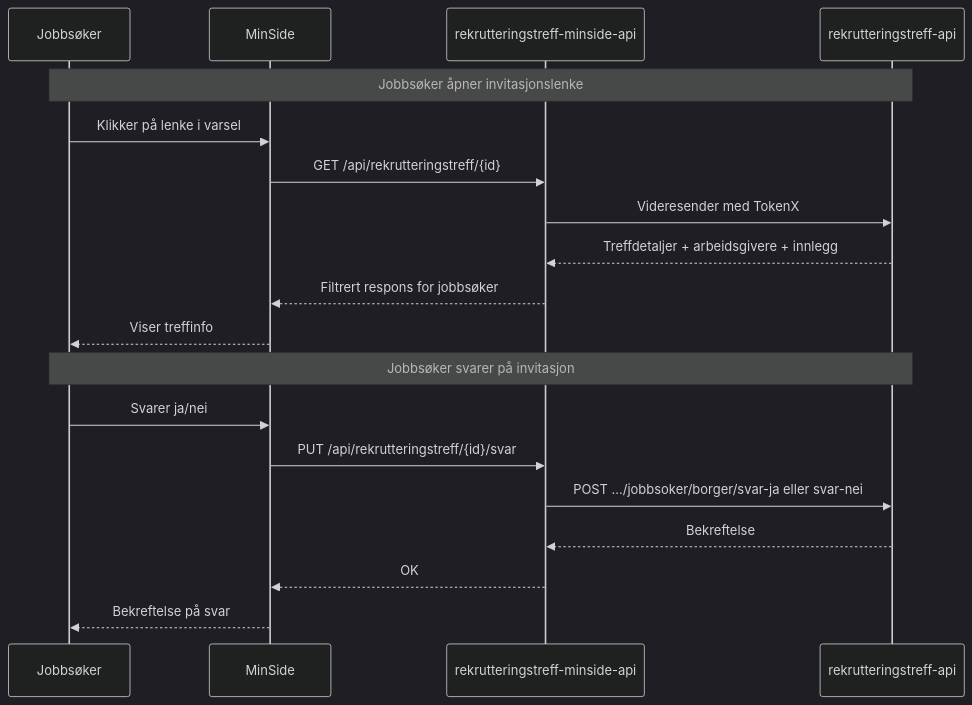
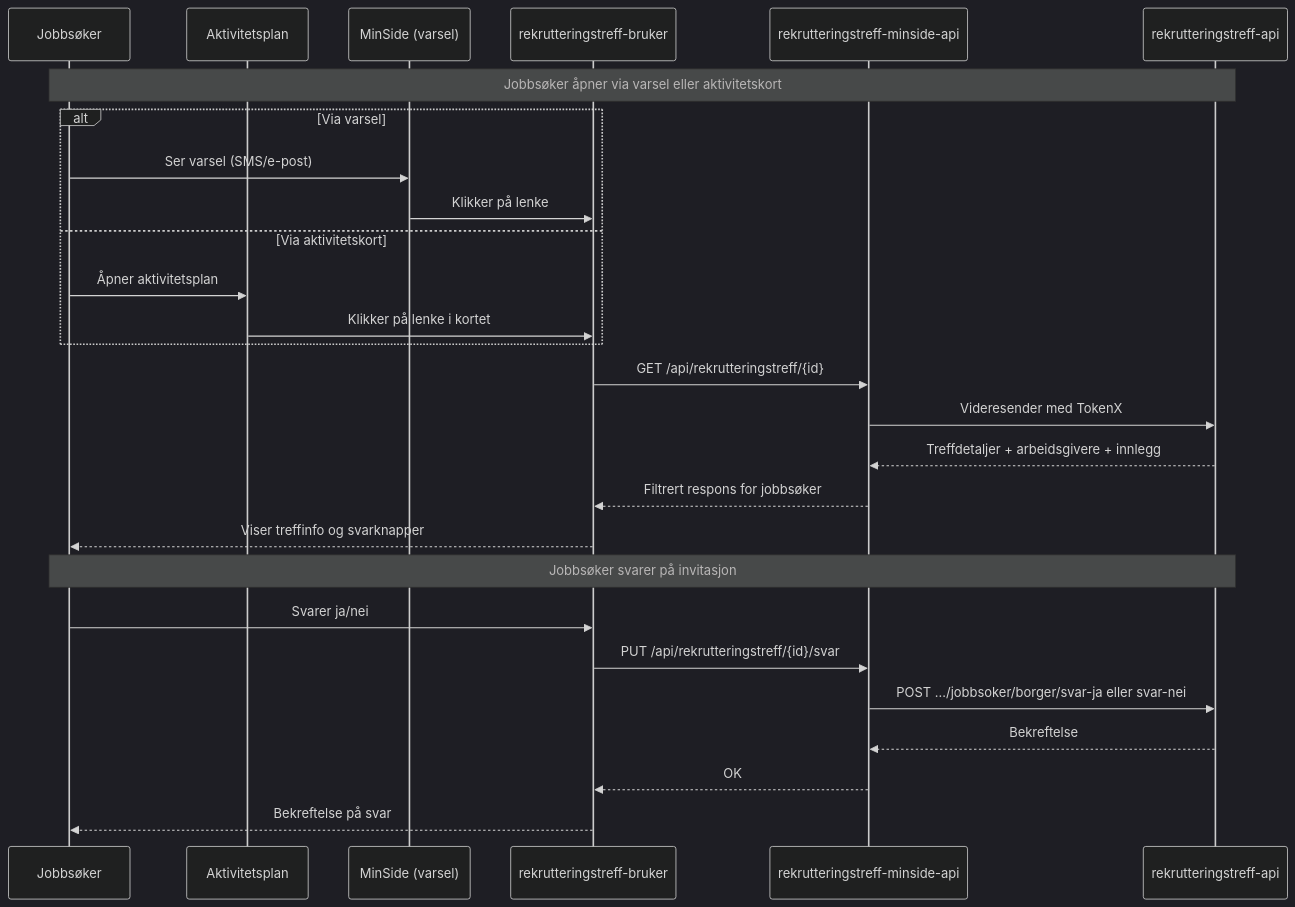
One commit to navikt/rekrutteringstreff-backend changed the diagram in docs/4-integrasjoner/minside-flyt.md. Above: the diagram before and after it, drawn with Mermaid (dark theme). The commit also changed other lines of this file and 3 other files, not shown here.

````diff
--- a/docs/4-integrasjoner/minside-flyt.md
+++ b/docs/4-integrasjoner/minside-flyt.md
@@ -7,25 +18,34 @@
 ```mermaid
 sequenceDiagram
     participant Jobbsøker
-    participant MinSide
+    participant Aktivitetskort as Aktivitetsplan
+    participant MinSideVarsel as MinSide (varsel)
+    participant RTB as rekrutteringstreff-bruker
     participant minside-api as rekrutteringstreff-minside-api
     participant api as rekrutteringstreff-api
 
-    Note over Jobbsøker,api: Jobbsøker åpner invitasjonslenke
+    Note over Jobbsøker,api: Jobbsøker åpner via varsel eller aktivitetskort
 
-    Jobbsøker->>MinSide: Klikker på lenke i varsel
-    MinSide->>minside-api: GET /api/rekrutteringstreff/{id}
+    alt Via varsel
+        Jobbsøker->>MinSideVarsel: Ser varsel (SMS/e-post)
+        MinSideVarsel->>RTB: Klikker på lenke
+    else Via aktivitetskort
+        Jobbsøker->>Aktivitetskort: Åpner aktivitetsplan
+        Aktivitetskort->>RTB: Klikker på lenke i kortet
+    end
+
+    RTB->>minside-api: GET /api/rekrutteringstreff/{id}
     minside-api->>api: Videresender med TokenX
     api-->>minside-api: Treffdetaljer + arbeidsgivere + innlegg
-    minside-api-->>MinSide: Filtrert respons for jobbsøker
-    MinSide-->>Jobbsøker: Viser treffinfo
+    minside-api-->>RTB: Filtrert respons for jobbsøker
+    RTB-->>Jobbsøker: Viser treffinfo og svarknapper
 
     Note over Jobbsøker,api: Jobbsøker svarer på invitasjon
 
-    Jobbsøker->>MinSide: Svarer ja/nei
-    MinSide->>minside-api: PUT /api/rekrutteringstreff/{id}/svar
+    Jobbsøker->>RTB: Svarer ja/nei
+    RTB->>minside-api: PUT /api/rekrutteringstreff/{id}/svar
     minside-api->>api: POST .../jobbsoker/borger/svar-ja eller svar-nei
     api-->>minside-api: Bekreftelse
-    minside-api-->>MinSide: OK
-    MinSide-->>Jobbsøker: Bekreftelse på svar
+    minside-api-->>RTB: OK
+    RTB-->>Jobbsøker: Bekreftelse på svar
 ```
````
